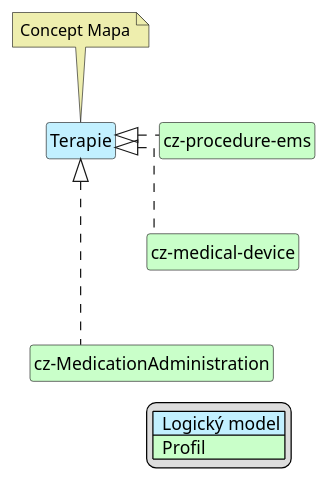
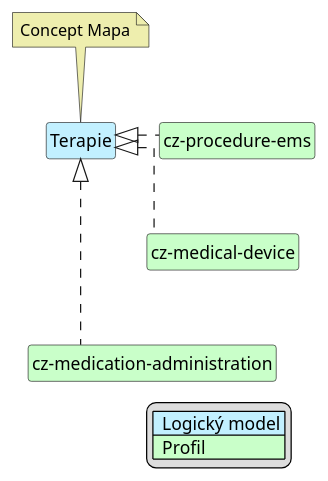
One commit to HL7-cz/cz-ems changed the diagram in input/images-source/emsTherapy-map-cs.plantuml. Above: the diagram before and after it, drawn with PlantUML. The commit also changed 3 other files, not shown here.

Commit message:
Fix medication administration identifier

```diff
--- a/input/images-source/emsTherapy-map-cs.plantuml
+++ b/input/images-source/emsTherapy-map-cs.plantuml
@@ -1,32 +1,32 @@
 @startuml
 hide circle
 hide stereotype
 hide members
 hide methods
 skinparam linetype ortho
 skinparam class {
 BackgroundColor<<LogicalModel>> #APPLICATION
 BackgroundColor<<Profile>> #TECHNOLOGY
 }
 legend right
 | <#APPLICATION>  Logický model |
 | <#TECHNOLOGY>  Profil |
 endlegend
 
 class "Terapie" <<LogicalModel>> [[StructureDefinition-LogTherapyEmsCz.html]]
 note top #EEEEAE [[ConceptMap-Therapy2FHIR-cz.html]]
 Concept Mapa
 endnote
 
 class "cz-procedure-ems" <<Profile>> [[StructureDefinition-cz-procedure-ems.html]]
 class "cz-medical-device" <<Profile>> [[https://build.fhir.org/ig/HL7-cz/cz-core/StructureDefinition-cz-medical-device.html]]
-class "cz-MedicationAdministration" <<Profile>> [[StructureDefinition-cz-MedicationAdministration.html]]
+class "cz-medication-administration" <<Profile>> [[StructureDefinition-cz-medication-administration.html]]
 
 "Terapie" <|. "cz-procedure-ems"
 "Terapie" <|. "cz-medical-device"
-"Terapie" <|. "cz-MedicationAdministration"
+"Terapie" <|. "cz-medication-administration"
 
 "cz-procedure-ems" -d[hidden]-> "cz-medical-device"
-"cz-medical-device" -d[hidden]-> "cz-MedicationAdministration"
+"cz-medical-device" -d[hidden]-> "cz-medication-administration"
 
 @enduml
```
